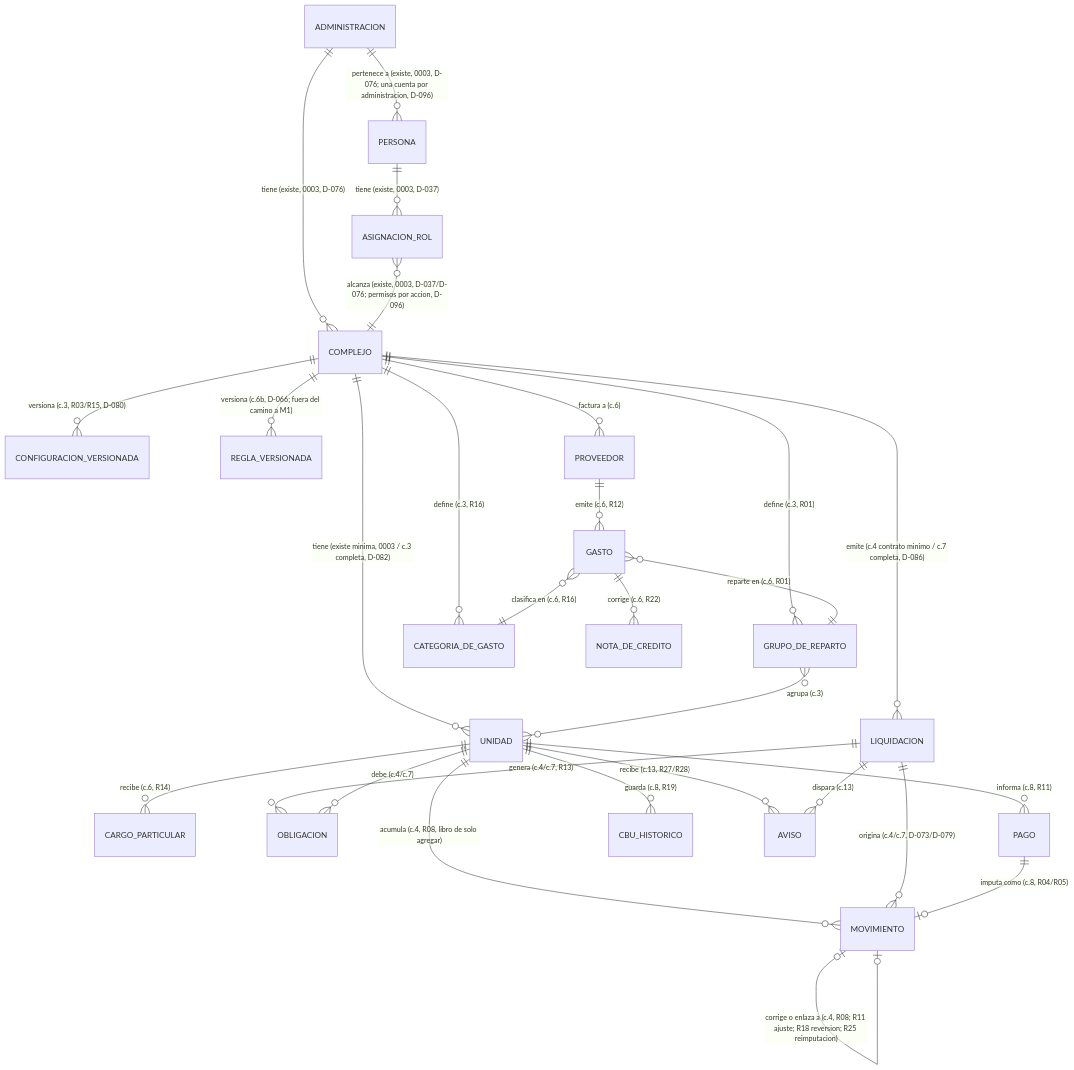
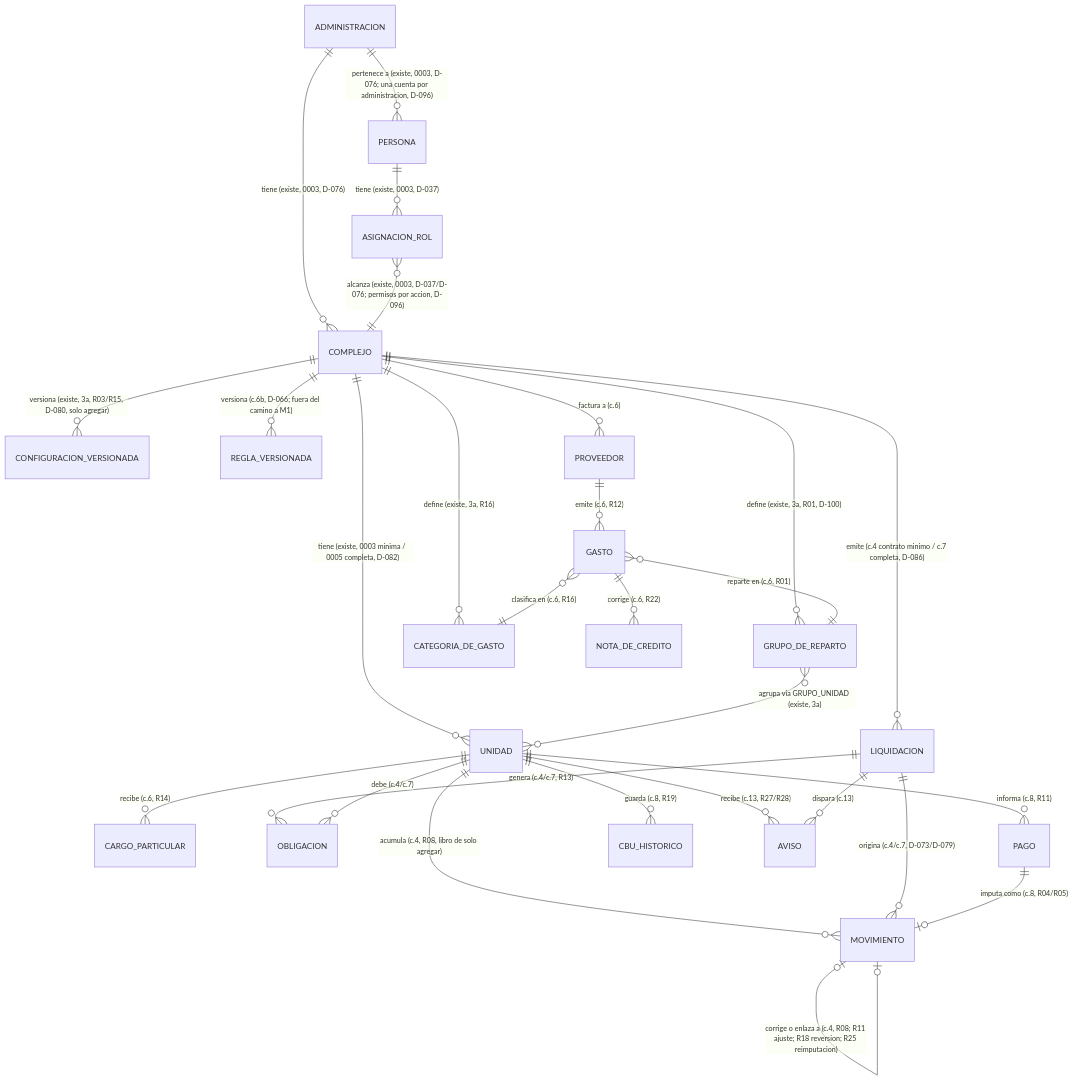
The second of 2 diagrams in knowledge-base/04_modelo_de_datos.md (JuaniSarmiento/proptech), drawn with Mermaid before and after one commit. The commit also changed other lines of this file and 24 other files, not shown here.

````diff
--- a/knowledge-base/04_modelo_de_datos.md
+++ b/knowledge-base/04_modelo_de_datos.md
@@ -63,30 +72,30 @@
 ```mermaid
 erDiagram
     ADMINISTRACION ||--o{ COMPLEJO : "tiene (existe, 0003, D-076)"
     ADMINISTRACION ||--o{ PERSONA : "pertenece a (existe, 0003, D-076; una cuenta por administracion, D-096)"
-    COMPLEJO ||--o{ UNIDAD : "tiene (existe minima, 0003 / c.3 completa, D-082)"
-    COMPLEJO ||--o{ GRUPO_DE_REPARTO : "define (c.3, R01)"
-    COMPLEJO ||--o{ CATEGORIA_DE_GASTO : "define (c.3, R16)"
-    COMPLEJO ||--o{ CONFIGURACION_VERSIONADA : "versiona (c.3, R03/R15, D-080)"
+    COMPLEJO ||--o{ UNIDAD : "tiene (existe, 0003 minima / 0005 completa, D-082)"
+    COMPLEJO ||--o{ GRUPO_DE_REPARTO : "define (existe, 3a, R01, D-100)"
+    COMPLEJO ||--o{ CATEGORIA_DE_GASTO : "define (existe, 3a, R16)"
+    COMPLEJO ||--o{ CONFIGURACION_VERSIONADA : "versiona (existe, 3a, R03/R15, D-080, solo agregar)"
     COMPLEJO ||--o{ REGLA_VERSIONADA : "versiona (c.6b, D-066; fuera del camino a M1)"
-    GRUPO_DE_REPARTO }o--o{ UNIDAD : "agrupa (c.3)"
+    GRUPO_DE_REPARTO }o--o{ UNIDAD : "agrupa via GRUPO_UNIDAD (existe, 3a)"
     PERSONA ||--o{ ASIGNACION_ROL : "tiene (existe, 0003, D-037)"
     ASIGNACION_ROL }o--|| COMPLEJO : "alcanza (existe, 0003, D-037/D-076; permisos por accion, D-096)"
     COMPLEJO ||--o{ PROVEEDOR : "factura a (c.6)"
     PROVEEDOR ||--o{ GASTO : "emite (c.6, R12)"
     GASTO ||--o{ NOTA_DE_CREDITO : "corrige (c.6, R22)"
     GASTO }o--|| GRUPO_DE_REPARTO : "reparte en (c.6, R01)"
     GASTO }o--|| CATEGORIA_DE_GASTO : "clasifica en (c.6, R16)"
     UNIDAD ||--o{ CARGO_PARTICULAR : "recibe (c.6, R14)"
     COMPLEJO ||--o{ LIQUIDACION : "emite (c.4 contrato minimo / c.7 completa, D-086)"
     LIQUIDACION ||--o{ OBLIGACION : "genera (c.4/c.7, R13)"
     UNIDAD ||--o{ OBLIGACION : "debe (c.4/c.7)"
     UNIDAD ||--o{ MOVIMIENTO : "acumula (c.4, R08, libro de solo agregar)"
     LIQUIDACION ||--o{ MOVIMIENTO : "origina (c.4/c.7, D-073/D-079)"
     MOVIMIENTO |o--o| MOVIMIENTO : "corrige o enlaza a (c.4, R08; R11 ajuste; R18 reversion; R25 reimputacion)"
     UNIDAD ||--o{ PAGO : "informa (c.8, R11)"
     PAGO ||--o| MOVIMIENTO : "imputa como (c.8, R04/R05)"
     UNIDAD ||--o{ CBU_HISTORICO : "guarda (c.8, R19)"
     UNIDAD ||--o{ AVISO : "recibe (c.13, R27/R28)"
     LIQUIDACION ||--o{ AVISO : "dispara (c.13)"
 ```
````
